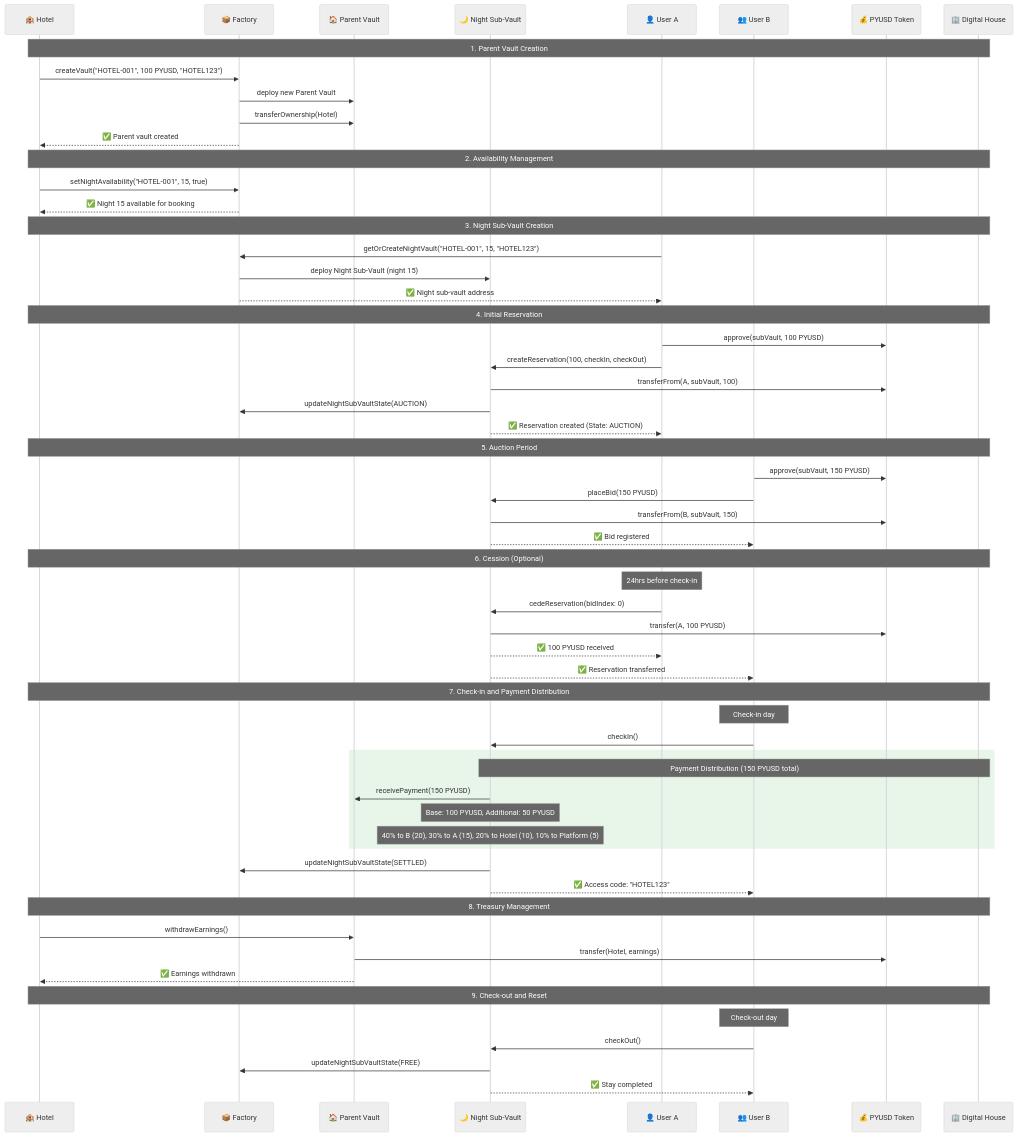
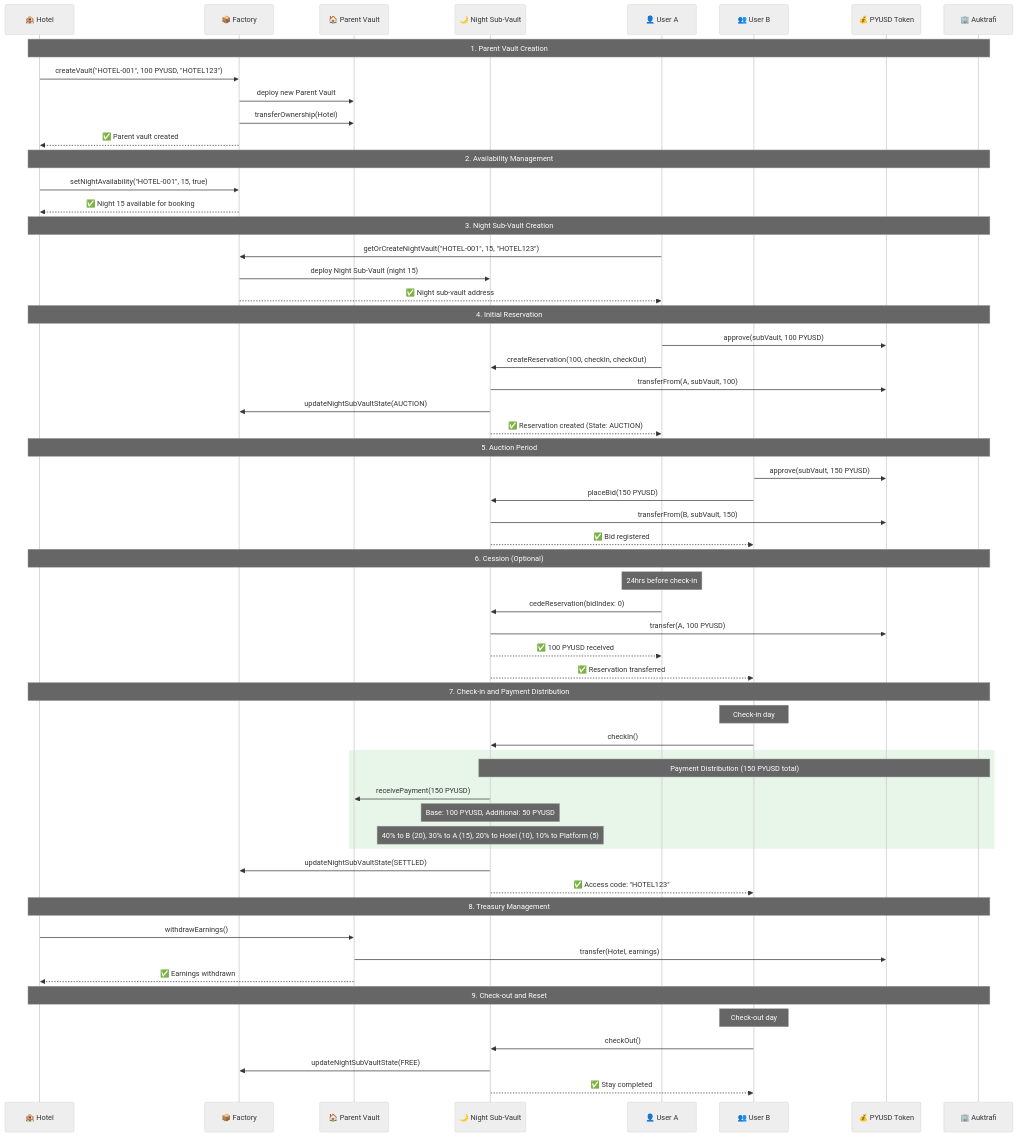
One commit to Ekinoxis-evm/auktrafi_contracts changed the second of 2 diagrams in docs/README.md. Above: the diagram before and after it, drawn with Mermaid (neutral theme). The commit also changed other lines of this file and 7 other files, not shown here.

First line of the commit message:
rebrand: change Digital House to Auktrafi across the project

````diff
--- a/docs/README.md
+++ b/docs/README.md
@@ -65,71 +65,71 @@
 ```mermaid
 sequenceDiagram
     participant H as 🏨 Hotel
     participant F as 📦 Factory
     participant PV as 🏠 Parent Vault
     participant SV as 🌙 Night Sub-Vault
     participant A as 👤 User A
     participant B as 👥 User B
     participant P as 💰 PYUSD Token
-    participant DH as 🏢 Digital House
+    participant DH as 🏢 Auktrafi
 
     Note over H,DH: 1. Parent Vault Creation
     H->>F: createVault("HOTEL-001", 100 PYUSD, "HOTEL123")
     F->>PV: deploy new Parent Vault
     F->>PV: transferOwnership(Hotel)
     F-->>H: ✅ Parent vault created
 
     Note over H,DH: 2. Availability Management
     H->>F: setNightAvailability("HOTEL-001", 15, true)
     F-->>H: ✅ Night 15 available for booking
 
     Note over H,DH: 3. Night Sub-Vault Creation
     A->>F: getOrCreateNightVault("HOTEL-001", 15, "HOTEL123")
     F->>SV: deploy Night Sub-Vault (night 15)
     F-->>A: ✅ Night sub-vault address
 
     Note over H,DH: 4. Initial Reservation
     A->>P: approve(subVault, 100 PYUSD)
     A->>SV: createReservation(100, checkIn, checkOut)
     SV->>P: transferFrom(A, subVault, 100)
     SV->>F: updateNightSubVaultState(AUCTION)
     SV-->>A: ✅ Reservation created (State: AUCTION)
 
     Note over H,DH: 5. Auction Period
     B->>P: approve(subVault, 150 PYUSD)
     B->>SV: placeBid(150 PYUSD)
     SV->>P: transferFrom(B, subVault, 150)
     SV-->>B: ✅ Bid registered
 
     Note over H,DH: 6. Cession (Optional)
     Note over A: 24hrs before check-in
     A->>SV: cedeReservation(bidIndex: 0)
     SV->>P: transfer(A, 100 PYUSD) # Original stake back
     SV-->>A: ✅ 100 PYUSD received
     SV-->>B: ✅ Reservation transferred
 
     Note over H,DH: 7. Check-in and Payment Distribution
     Note over B: Check-in day
     B->>SV: checkIn()
     
     rect rgb(232, 245, 233)
         Note over SV,DH: Payment Distribution (150 PYUSD total)
         SV->>PV: receivePayment(150 PYUSD) # Route to parent vault
         Note over SV: Base: 100 PYUSD, Additional: 50 PYUSD
         Note over SV: 40% to B (20), 30% to A (15), 20% to Hotel (10), 10% to Platform (5)
     end
     
     SV->>F: updateNightSubVaultState(SETTLED)
     SV-->>B: ✅ Access code: "HOTEL123"
 
     Note over H,DH: 8. Treasury Management
     H->>PV: withdrawEarnings()
     PV->>P: transfer(Hotel, earnings)
     PV-->>H: ✅ Earnings withdrawn
 
     Note over H,DH: 9. Check-out and Reset
     Note over B: Check-out day
     B->>SV: checkOut()
     SV->>F: updateNightSubVaultState(FREE)
     SV-->>B: ✅ Stay completed
 ```
````
